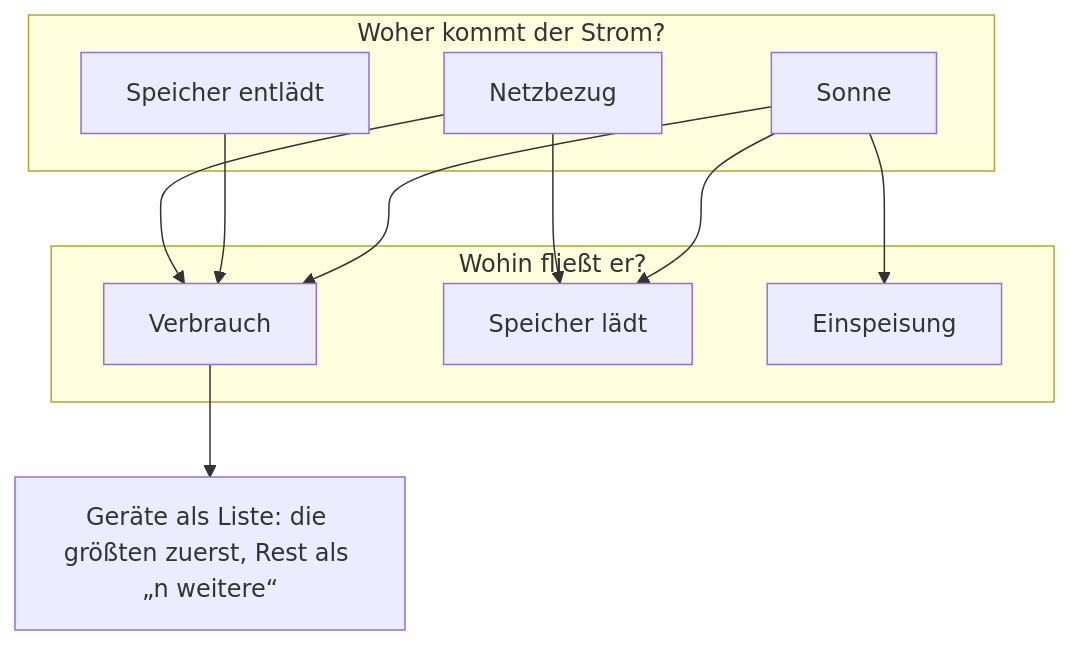
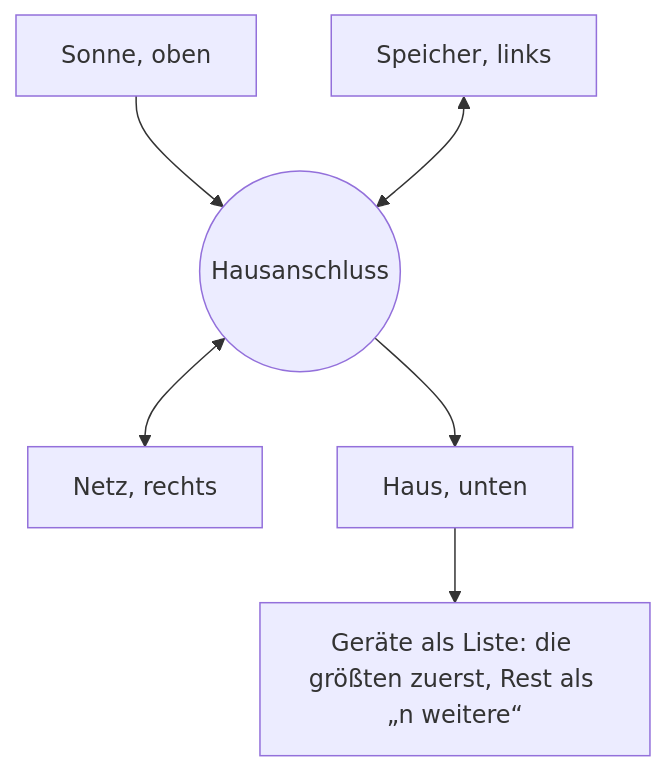
One commit to Rayleigh3105/voltpilot-ems changed the diagram in docs/konzepte/cockpit-tagesfilm/README.md. Above: the diagram before and after it, drawn with Mermaid. The commit also changed other lines of this file and 4 other files, not shown here.

````diff
--- a/docs/konzepte/cockpit-tagesfilm/README.md
+++ b/docs/konzepte/cockpit-tagesfilm/README.md
@@ -20,20 +20,8 @@
 ```mermaid
 flowchart TB
-  subgraph W["Woher kommt der Strom?"]
-    PV["Sonne"]
-    BA["Speicher entlädt"]
-    NB["Netzbezug"]
-  end
-  subgraph Z["Wohin fließt er?"]
-    V["Verbrauch"]
-    BL["Speicher lädt"]
-    NE["Einspeisung"]
-  end
-  PV --> V
-  PV --> BL
-  PV --> NE
-  BA --> V
-  NB --> V
-  NB --> BL
+  S["Sonne, oben"] --> H(("Hausanschluss"))
+  B["Speicher, links"] <--> H
+  H <--> N["Netz, rechts"]
+  H --> V["Haus, unten"]
   V --> L["Geräte als Liste: die größten zuerst, Rest als „n weitere“"]
 ```
````
